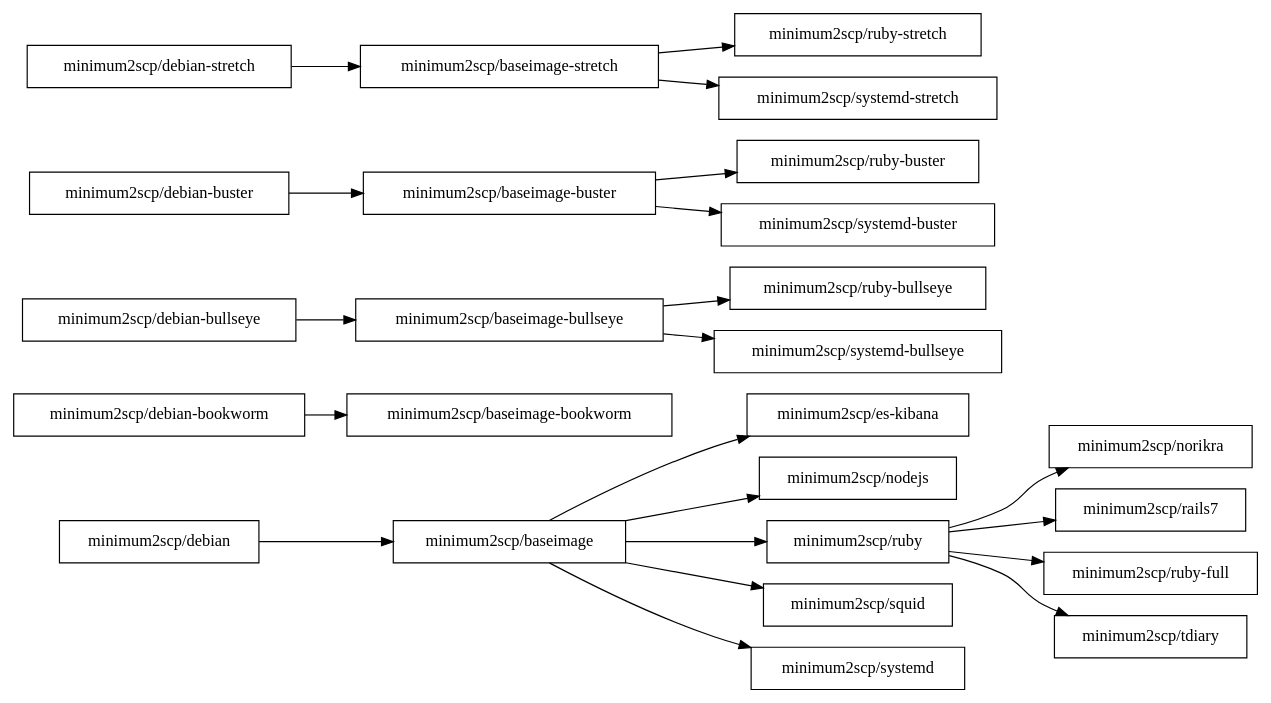
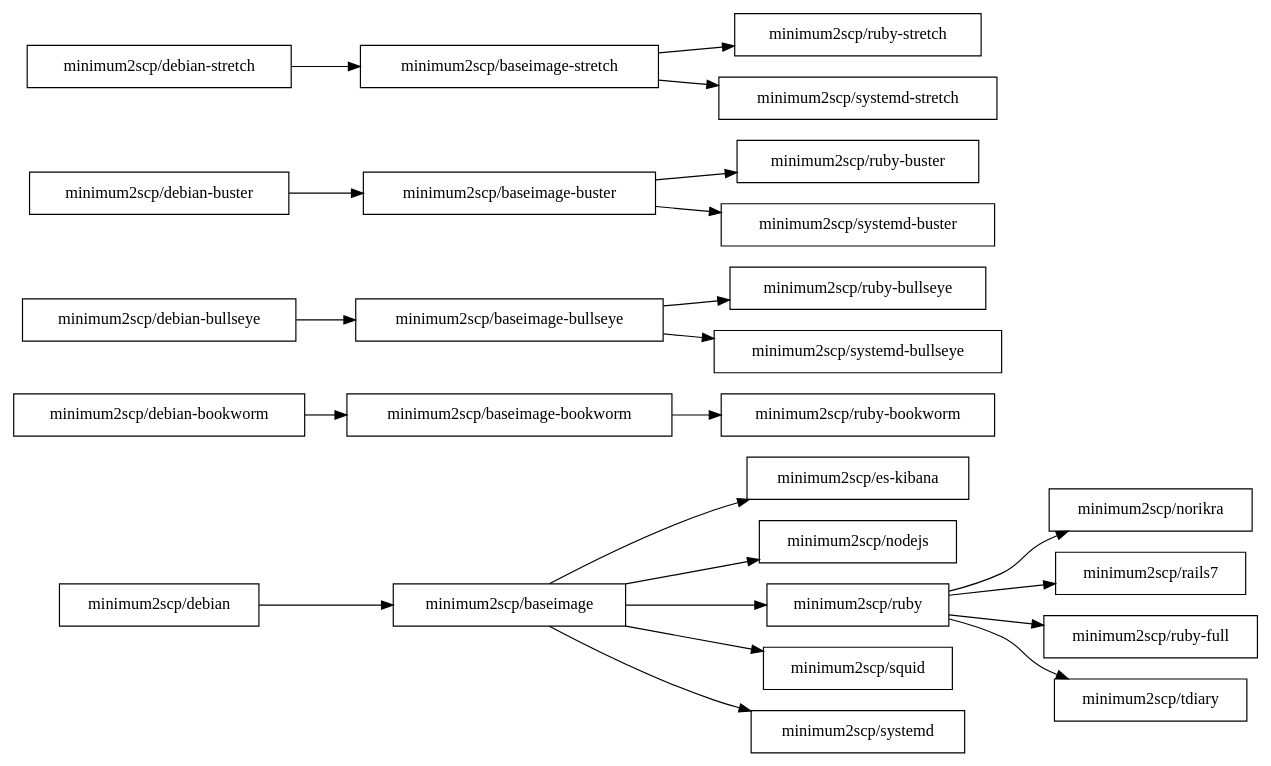
The diagram in deps.dot (minimum2scp/dockerfiles), drawn with Graphviz before and after one commit.

```diff
--- a/deps.dot
+++ b/deps.dot
@@ -1,53 +1,55 @@
 digraph deps {
   graph [
     rankdir = "LR"
   ];
 
   node [
     shape = "box"
   ];
 
   ratio = auto;
 
   baseimage          [label = "minimum2scp/baseimage"];
   baseimage_bookworm [label = "minimum2scp/baseimage-bookworm"];
   baseimage_bullseye [label = "minimum2scp/baseimage-bullseye"];
   baseimage_buster   [label = "minimum2scp/baseimage-buster"];
   baseimage_stretch  [label = "minimum2scp/baseimage-stretch"];
   debian             [label = "minimum2scp/debian"];
   debian_bookworm    [label = "minimum2scp/debian-bookworm"];
   debian_bullseye    [label = "minimum2scp/debian-bullseye"];
   debian_buster      [label = "minimum2scp/debian-buster"];
   debian_stretch     [label = "minimum2scp/debian-stretch"];
   es_kibana          [label = "minimum2scp/es-kibana"];
   nodejs             [label = "minimum2scp/nodejs"];
   norikra            [label = "minimum2scp/norikra"];
   rails7             [label = "minimum2scp/rails7"];
   ruby               [label = "minimum2scp/ruby"];
+  ruby_bookworm      [label = "minimum2scp/ruby-bookworm"];
   ruby_bullseye      [label = "minimum2scp/ruby-bullseye"];
   ruby_buster        [label = "minimum2scp/ruby-buster"];
   ruby_full          [label = "minimum2scp/ruby-full"];
   ruby_stretch       [label = "minimum2scp/ruby-stretch"];
   squid              [label = "minimum2scp/squid"];
   systemd            [label = "minimum2scp/systemd"];
   systemd_bullseye   [label = "minimum2scp/systemd-bullseye"];
   systemd_buster     [label = "minimum2scp/systemd-buster"];
   systemd_stretch    [label = "minimum2scp/systemd-stretch"];
   tdiary             [label = "minimum2scp/tdiary"];
 
   debian    -> baseimage;
   baseimage -> {es_kibana, nodejs, ruby, squid, systemd};
   ruby      -> {norikra, rails7, ruby_full, tdiary};
 
   debian_bookworm -> baseimage_bookworm;
+  baseimage_bookworm -> ruby_bookworm;
 
   debian_bullseye -> baseimage_bullseye;
   baseimage_bullseye -> {ruby_bullseye, systemd_bullseye};
 
   debian_buster -> baseimage_buster;
   baseimage_buster -> {ruby_buster, systemd_buster};
 
   debian_stretch   -> baseimage_stretch;
   baseimage_stretch -> {systemd_stretch, ruby_stretch};
 
 }
```
